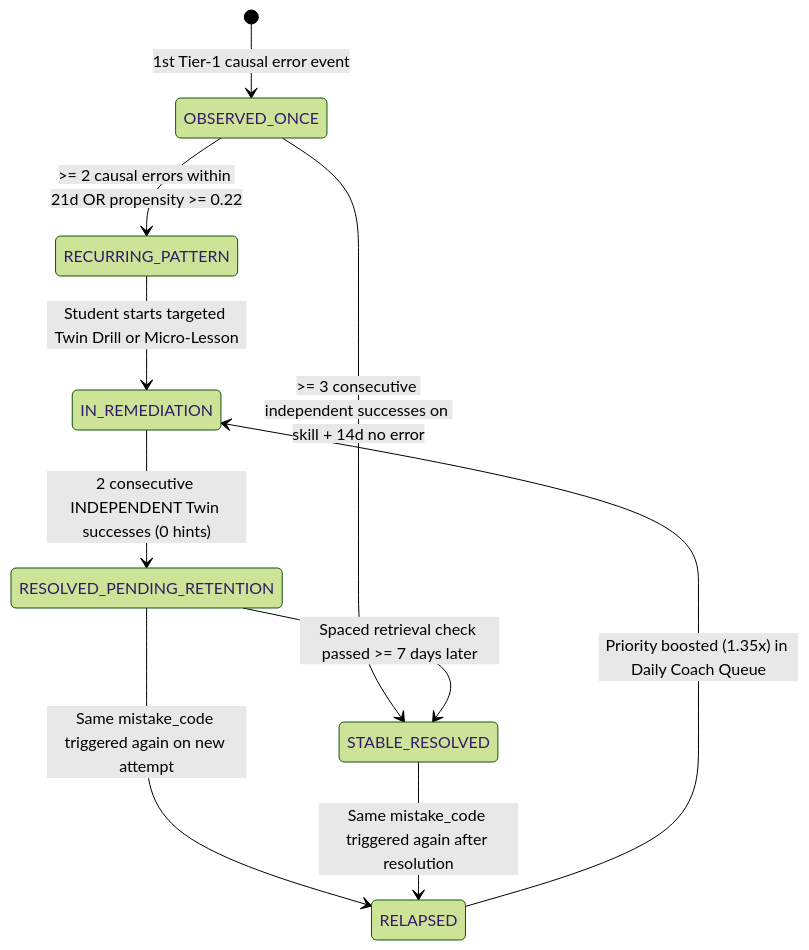
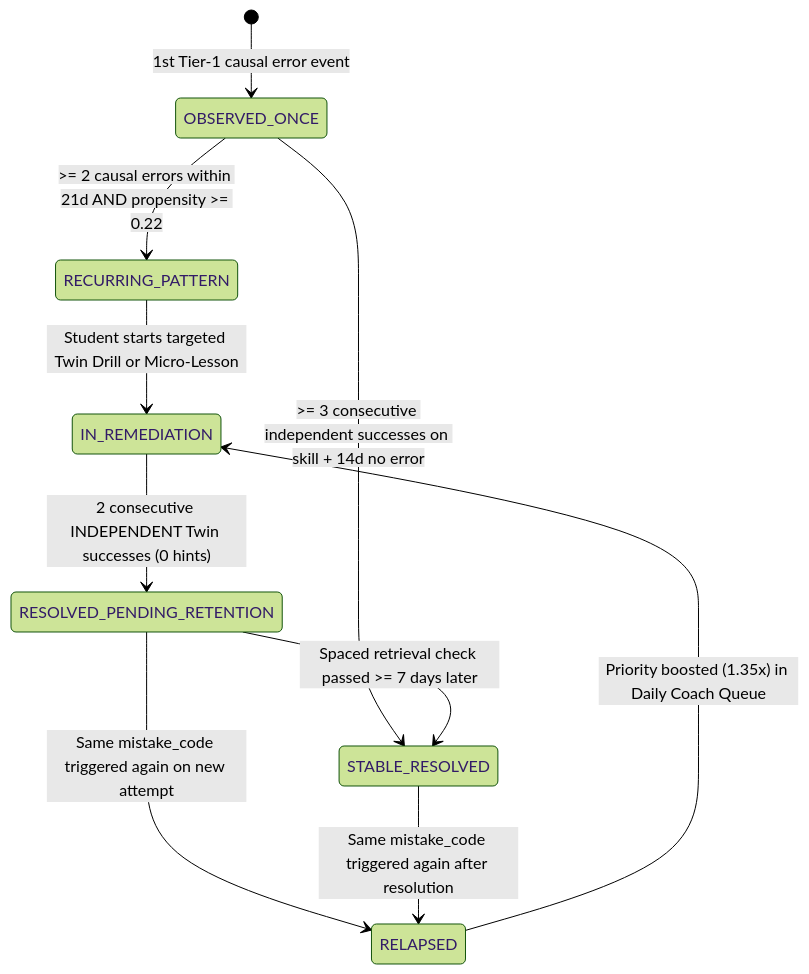
Before and after one commit to coskunburak/verified_ai: the diagram in docs/verified_ai_learning_platform_docs_v4/learning/83_VERIFIED_MISTAKE_DNA_AND_MISTAKE_PASSPORT_SPECIFICATION.md, drawn with Mermaid (forest theme). The commit also changed other lines of this file and 66 other files, not shown here.

````diff
--- a/docs/verified_ai_learning_platform_docs_v4/learning/83_VERIFIED_MISTAKE_DNA_AND_MISTAKE_PASSPORT_SPECIFICATION.md
+++ b/docs/verified_ai_learning_platform_docs_v4/learning/83_VERIFIED_MISTAKE_DNA_AND_MISTAKE_PASSPORT_SPECIFICATION.md
@@ -102,12 +106,12 @@
 ```mermaid
 stateDiagram-v2
     [*] --> OBSERVED_ONCE: 1st Tier-1 causal error event
-    OBSERVED_ONCE --> RECURRING_PATTERN: >= 2 causal errors within 21d OR propensity >= 0.22
+    OBSERVED_ONCE --> RECURRING_PATTERN: >= 2 causal errors within 21d AND propensity >= 0.22
     OBSERVED_ONCE --> STABLE_RESOLVED: >= 3 consecutive independent successes on skill + 14d no error
     RECURRING_PATTERN --> IN_REMEDIATION: Student starts targeted Twin Drill or Micro-Lesson
     IN_REMEDIATION --> RESOLVED_PENDING_RETENTION: 2 consecutive INDEPENDENT Twin successes (0 hints)
     RESOLVED_PENDING_RETENTION --> STABLE_RESOLVED: Spaced retrieval check passed >= 7 days later
     RESOLVED_PENDING_RETENTION --> RELAPSED: Same mistake_code triggered again on new attempt
     STABLE_RESOLVED --> RELAPSED: Same mistake_code triggered again after resolution
     RELAPSED --> IN_REMEDIATION: Priority boosted (1.35x) in Daily Coach Queue
 ```
````
